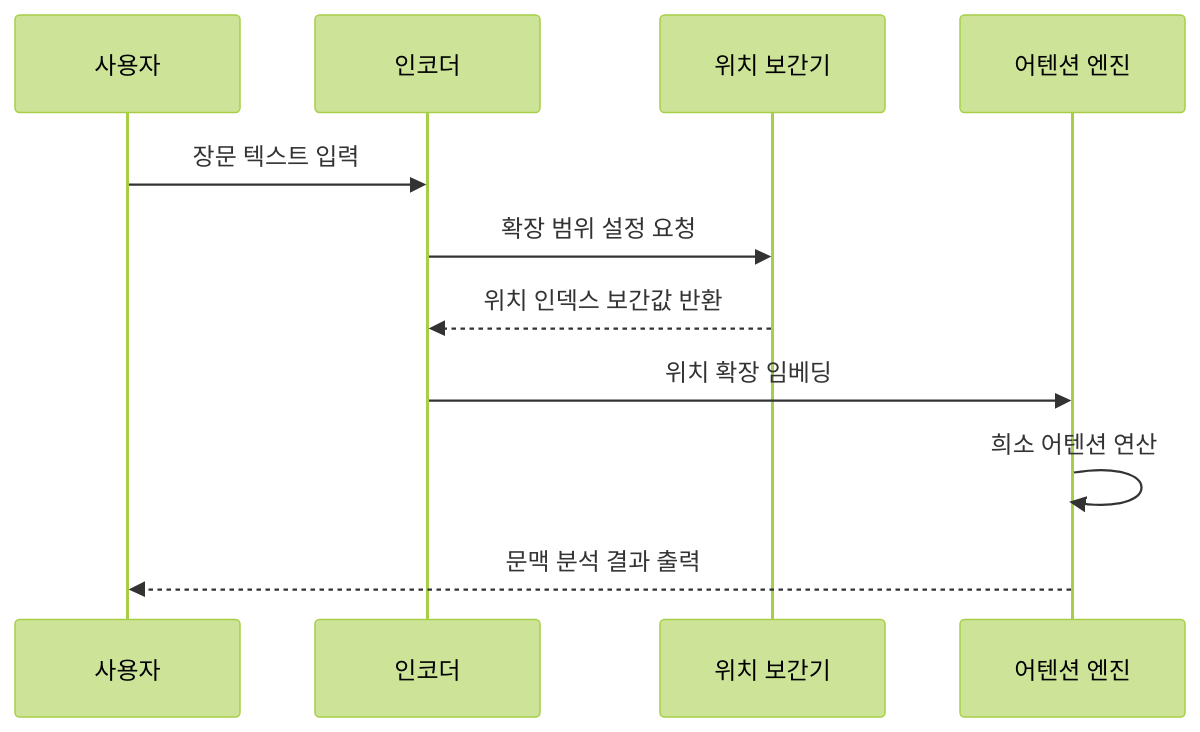
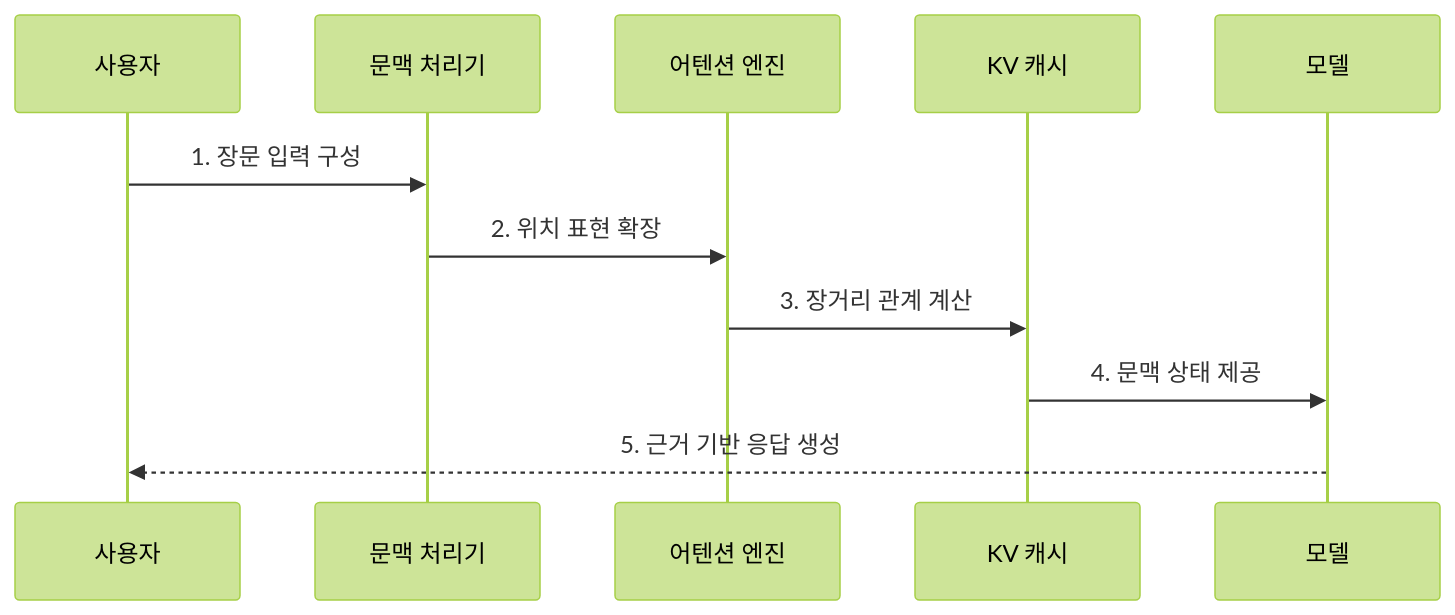
One commit to agnusdei1207/knowledge-base changed the second of 2 diagrams in src/content/docs/notes/08-latest-tech/034_long_context_llm.md. Above: the diagram before and after it, drawn with Mermaid (forest theme). The commit also changed other lines of this file and 26 other files, not shown here.

````diff
--- a/src/content/docs/notes/08-latest-tech/034_long_context_llm.md
+++ b/src/content/docs/notes/08-latest-tech/034_long_context_llm.md
@@ -72,13 +90,13 @@
 ```mermaid
 sequenceDiagram
     participant U as 사용자
-    participant E as 인코더
-    participant P as 위치 보간기
+    participant P as 문맥 처리기
     participant A as 어텐션 엔진
-    U->>E: 장문 텍스트 입력
-    E->>P: 확장 범위 설정 요청
-    P-->>E: 위치 인덱스 보간값 반환
-    E->>A: 위치 확장 임베딩
-    A->>A: 희소 어텐션 연산
-    A-->>U: 문맥 분석 결과 출력
+    participant K as KV 캐시
+    participant M as 모델
+    U->>P: 1. 장문 입력 구성
+    P->>A: 2. 위치 표현 확장
+    A->>K: 3. 장거리 관계 계산
+    K->>M: 4. 문맥 상태 제공
+    M-->>U: 5. 근거 기반 응답 생성
 ```
````
